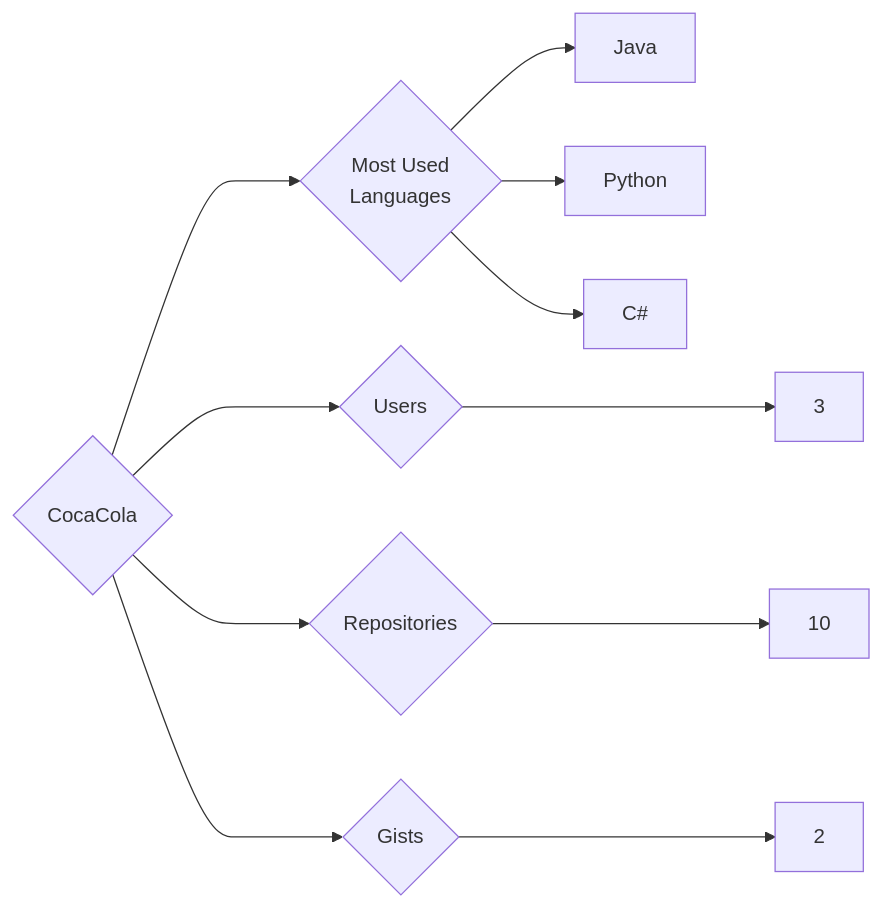
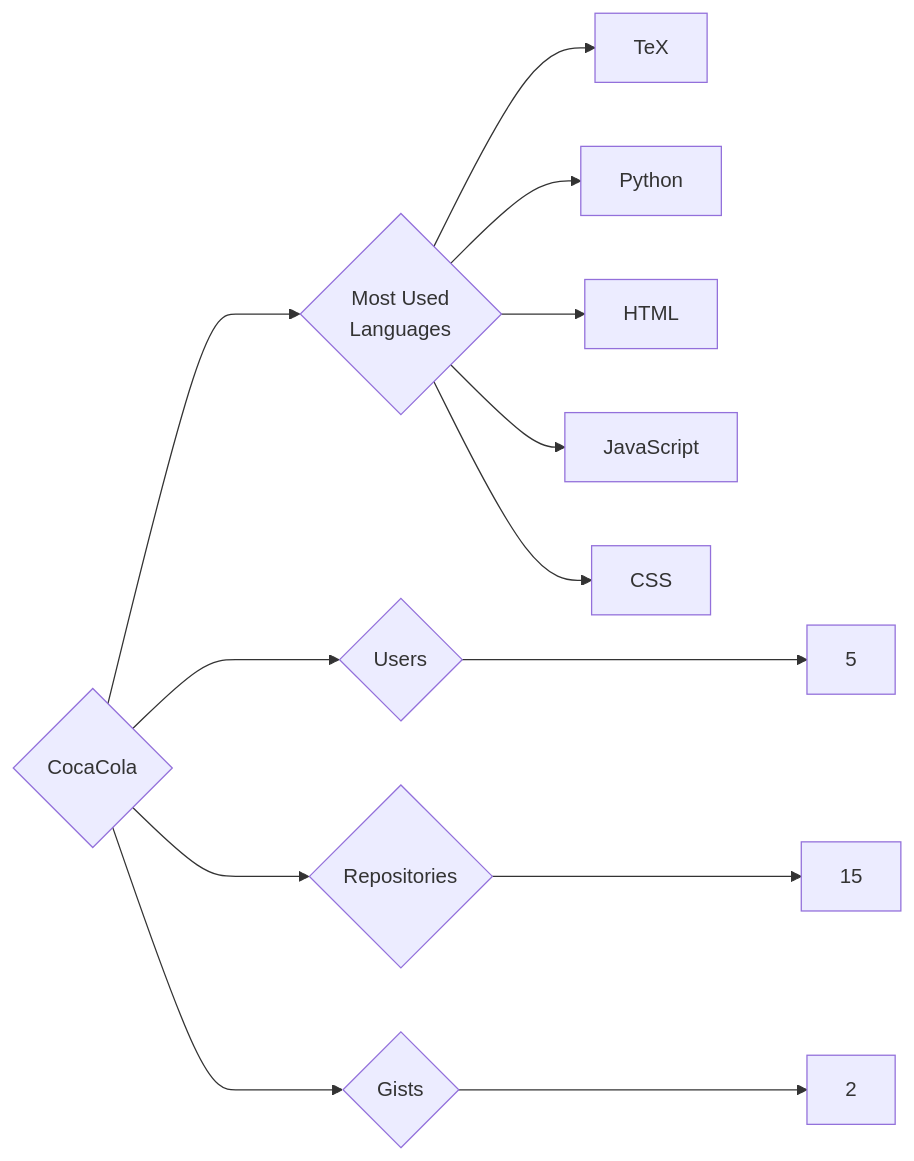
Before and after one commit to trickest/insiders: the diagram in targets/CocaCola/README.md, drawn with Mermaid. The commit also changed 1055 other files, not shown here.

````diff
--- a/targets/CocaCola/README.md
+++ b/targets/CocaCola/README.md
@@ -3,11 +3,13 @@
 ```mermaid
 graph LR
 COMPANY_NAME{CocaCola}
-COMPANY_NAME ---> U{Users} ---> UN[3]
-COMPANY_NAME ---> R{Repositories} ---> RN[10]
+COMPANY_NAME ---> U{Users} ---> UN[5]
+COMPANY_NAME ---> R{Repositories} ---> RN[15]
 COMPANY_NAME ---> G{Gists} ---> GN[2]
 COMPANY_NAME ---> ML{Most Used<br>Languages}
-ML --> Java[Java]
+ML --> TeX[TeX]
 ML --> Python[Python]
-ML --> C#[C#]
+ML --> HTML[HTML]
+ML --> JavaScript[JavaScript]
+ML --> CSS[CSS]
 ```
````
